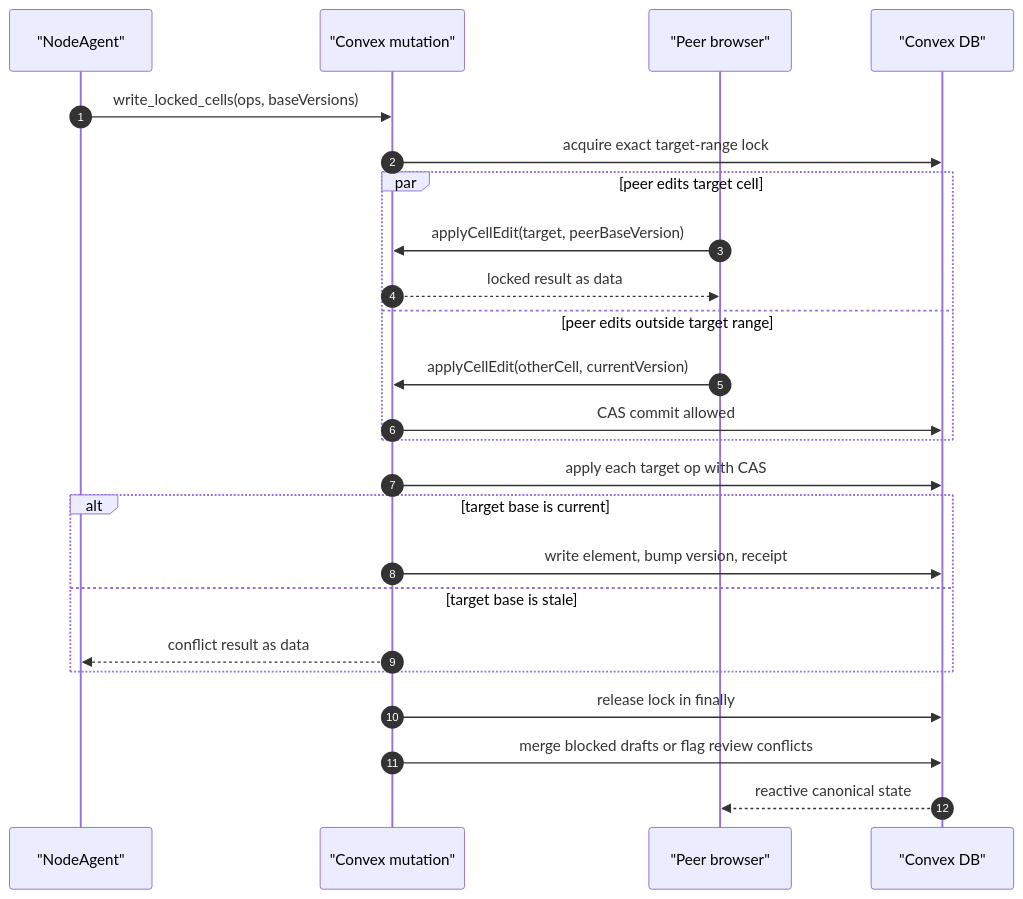
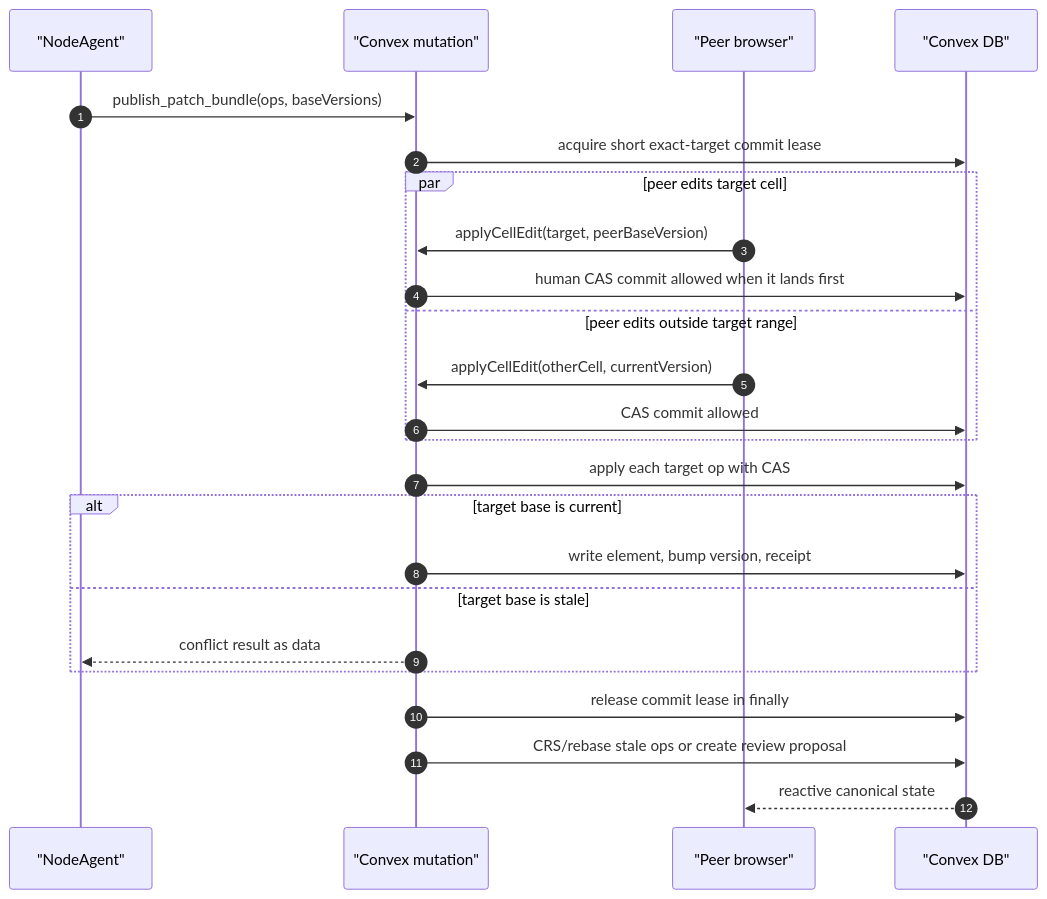
The fourth of 4 diagrams in README.md (HomenShum/NodeRoom), drawn with Mermaid before and after one commit. The commit also changed other lines of this file and 5 other files, not shown here.

````diff
--- a/README.md
+++ b/README.md
@@ -1164,27 +1215,27 @@
 ```mermaid
 sequenceDiagram
   autonumber
   participant Agent as "NodeAgent"
   participant Mutation as "Convex mutation"
   participant Peer as "Peer browser"
   participant DB as "Convex DB"
 
-  Agent->>Mutation: write_locked_cells(ops, baseVersions)
-  Mutation->>DB: acquire exact target-range lock
+  Agent->>Mutation: publish_patch_bundle(ops, baseVersions)
+  Mutation->>DB: acquire short exact-target commit lease
   par peer edits target cell
     Peer->>Mutation: applyCellEdit(target, peerBaseVersion)
-    Mutation-->>Peer: locked result as data
+    Mutation->>DB: human CAS commit allowed when it lands first
   and peer edits outside target range
     Peer->>Mutation: applyCellEdit(otherCell, currentVersion)
     Mutation->>DB: CAS commit allowed
   end
   Mutation->>DB: apply each target op with CAS
   alt target base is current
     Mutation->>DB: write element, bump version, receipt
   else target base is stale
     Mutation-->>Agent: conflict result as data
   end
-  Mutation->>DB: release lock in finally
-  Mutation->>DB: merge blocked drafts or flag review conflicts
+  Mutation->>DB: release commit lease in finally
+  Mutation->>DB: CRS/rebase stale ops or create review proposal
   DB-->>Peer: reactive canonical state
 ```
````
